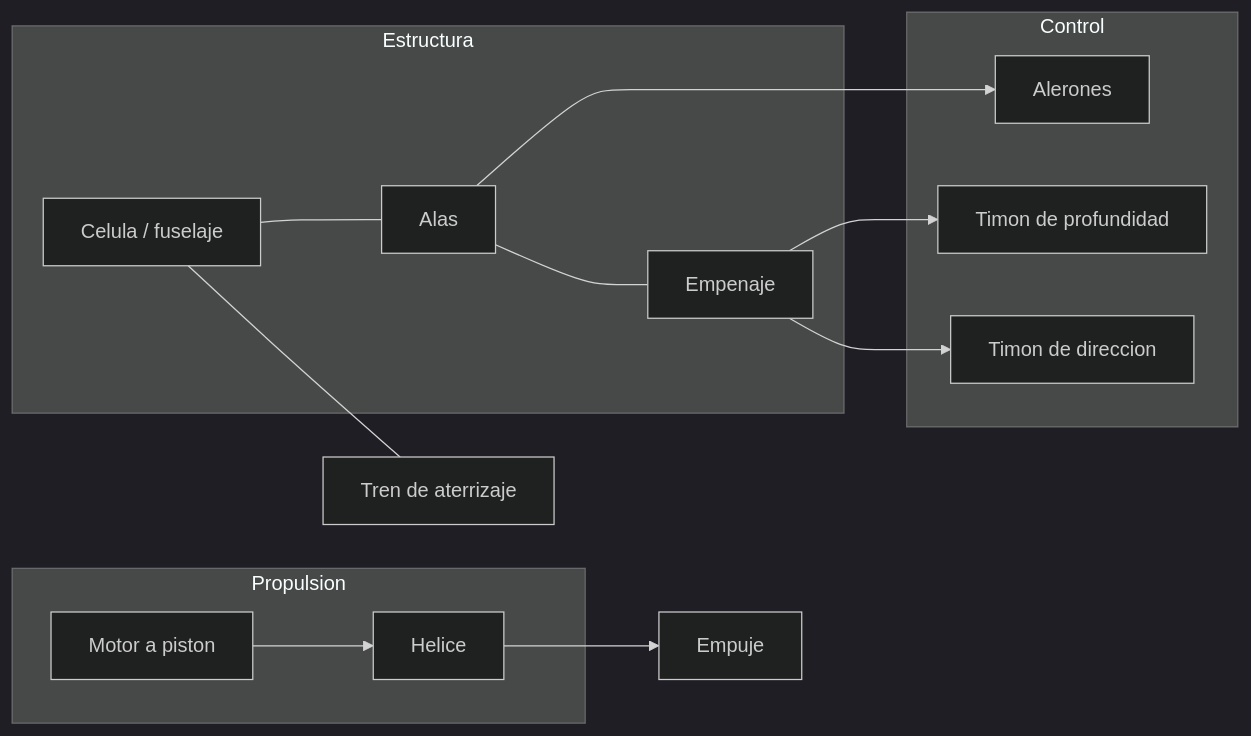
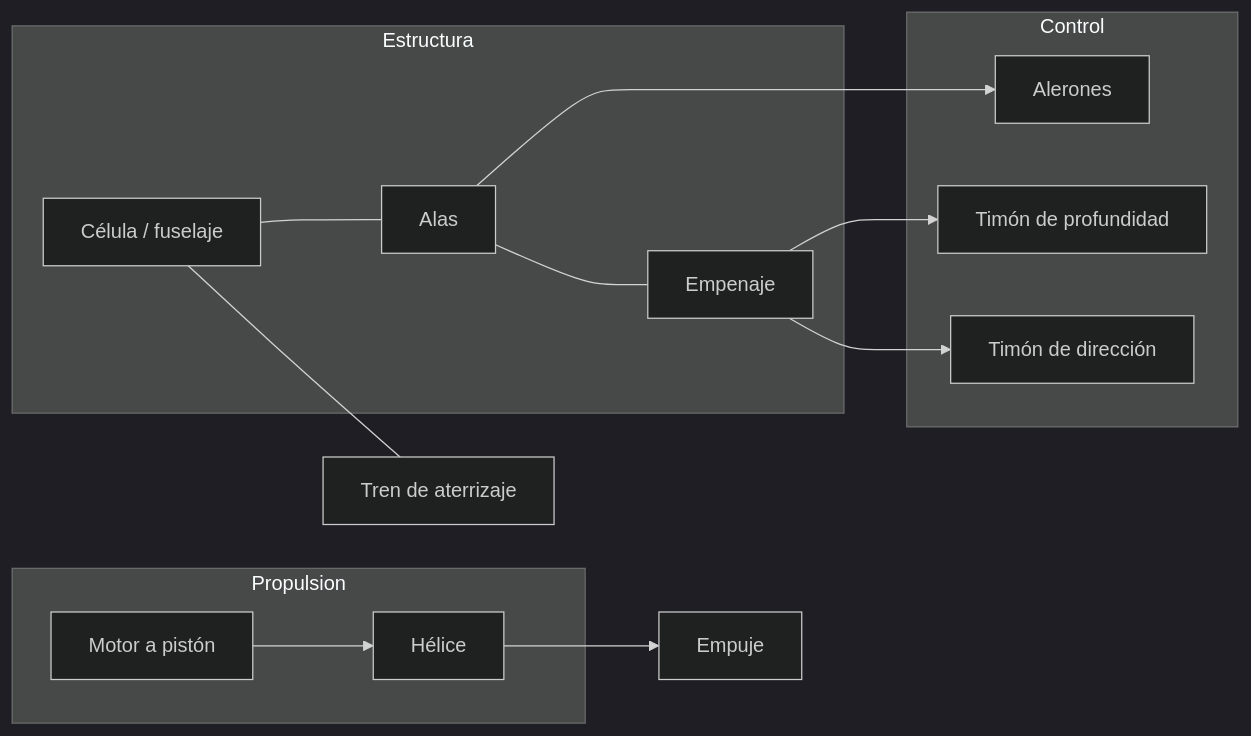
The first of 3 diagrams in vehiculos/aviones-pequenos/operacion/sistemas-mecanicos-avion-pequeno.md (vladimiracunadev-create/machine-operator-program), drawn with Mermaid (dark theme) before and after one commit. The commit also changed other lines of this file and 442 other files, not shown here.

````diff
--- a/vehiculos/aviones-pequenos/operacion/sistemas-mecanicos-avion-pequeno.md
+++ b/vehiculos/aviones-pequenos/operacion/sistemas-mecanicos-avion-pequeno.md
@@ -9,20 +9,20 @@
 ```mermaid
 flowchart LR
     subgraph Estructura
-        Ce[Celula / fuselaje] --- Al[Alas]
+        Ce[Célula / fuselaje] --- Al[Alas]
         Al --- Emp[Empenaje]
     end
     subgraph Control
         Ale[Alerones]
-        Prof[Timon de profundidad]
-        Dir[Timon de direccion]
+        Prof[Timón de profundidad]
+        Dir[Timón de dirección]
     end
     subgraph Propulsion
-        Mot[Motor a piston] --> Hel[Helice]
+        Mot[Motor a pistón] --> Hel[Hélice]
     end
     Al --> Ale
     Emp --> Prof
     Emp --> Dir
     Hel --> Emp2[Empuje]
     Ce --- Tren[Tren de aterrizaje]
 ```
````
